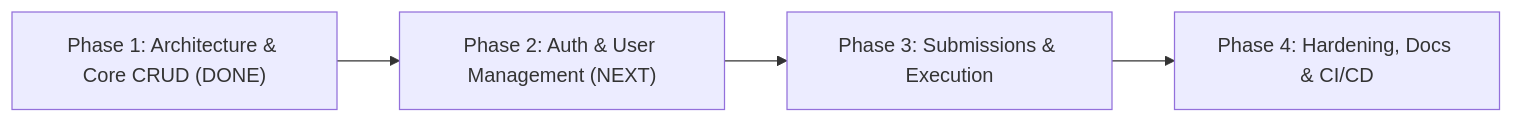
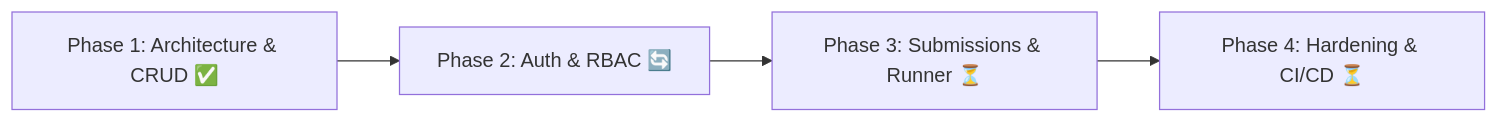
The second of 2 diagrams in Agents.MD (Aditya2274/AlgoVault-API), drawn with Mermaid before and after one commit. The commit also changed other lines of this file, not shown here.

Commit message:
docs: expand Agents.MD with agent resume protocol, architecture decision records, and detailed roadmap

````diff
--- a/Agents.MD
+++ b/Agents.MD
@@ -41,6 +106,6 @@
 ```mermaid
 flowchart LR
-    P1["Phase 1: Architecture & Core CRUD (DONE)"] --> P2["Phase 2: Auth & User Management (NEXT)"]
-    P2 --> P3["Phase 3: Submissions & Execution"]
-    P3 --> P4["Phase 4: Hardening, Docs & CI/CD"]
+    P1["Phase 1: Architecture & CRUD ✅"] --> P2["Phase 2: Auth & RBAC 🔄"]
+    P2 --> P3["Phase 3: Submissions & Runner ⏳"]
+    P3 --> P4["Phase 4: Hardening & CI/CD ⏳"]
 ```
````
